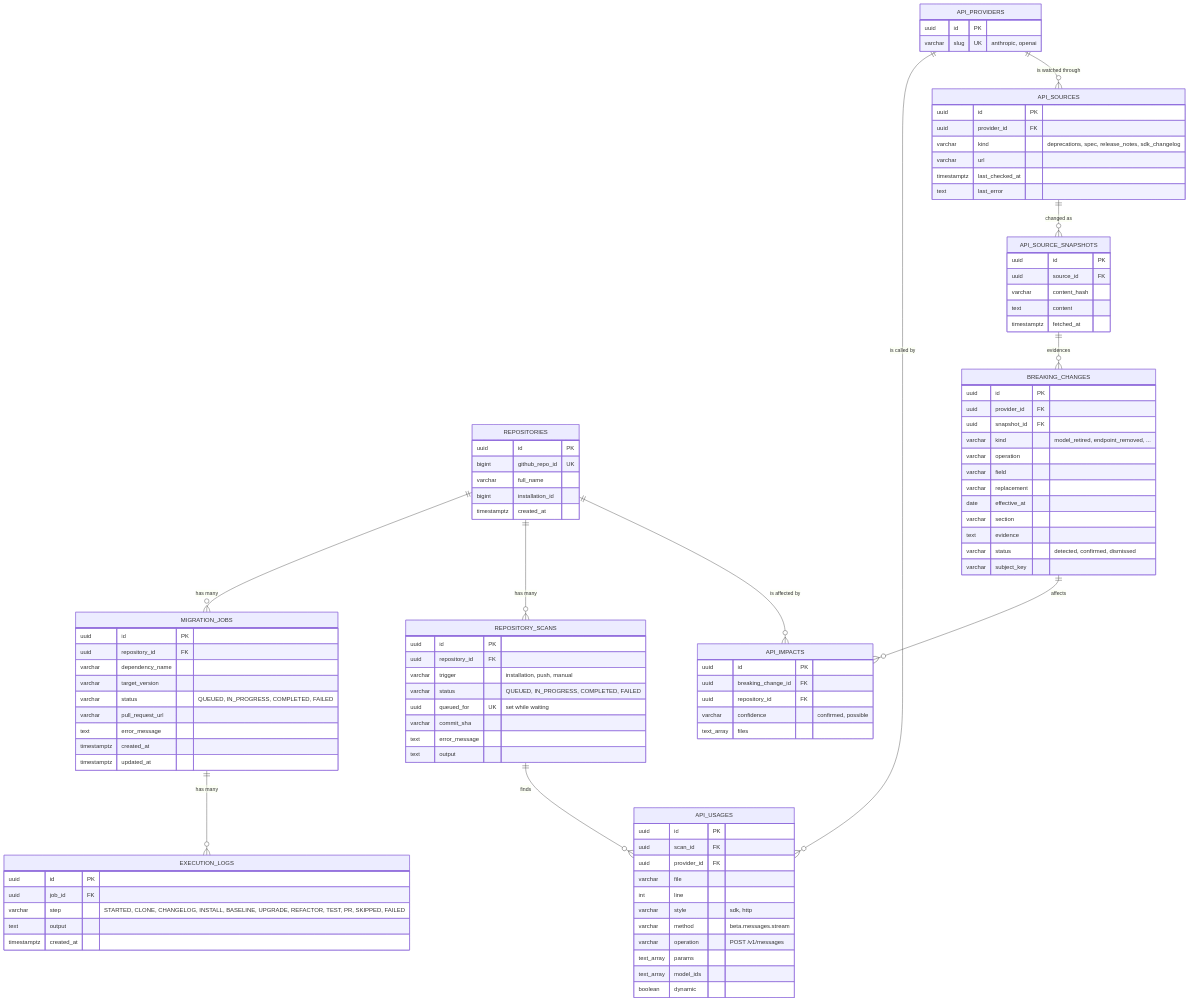
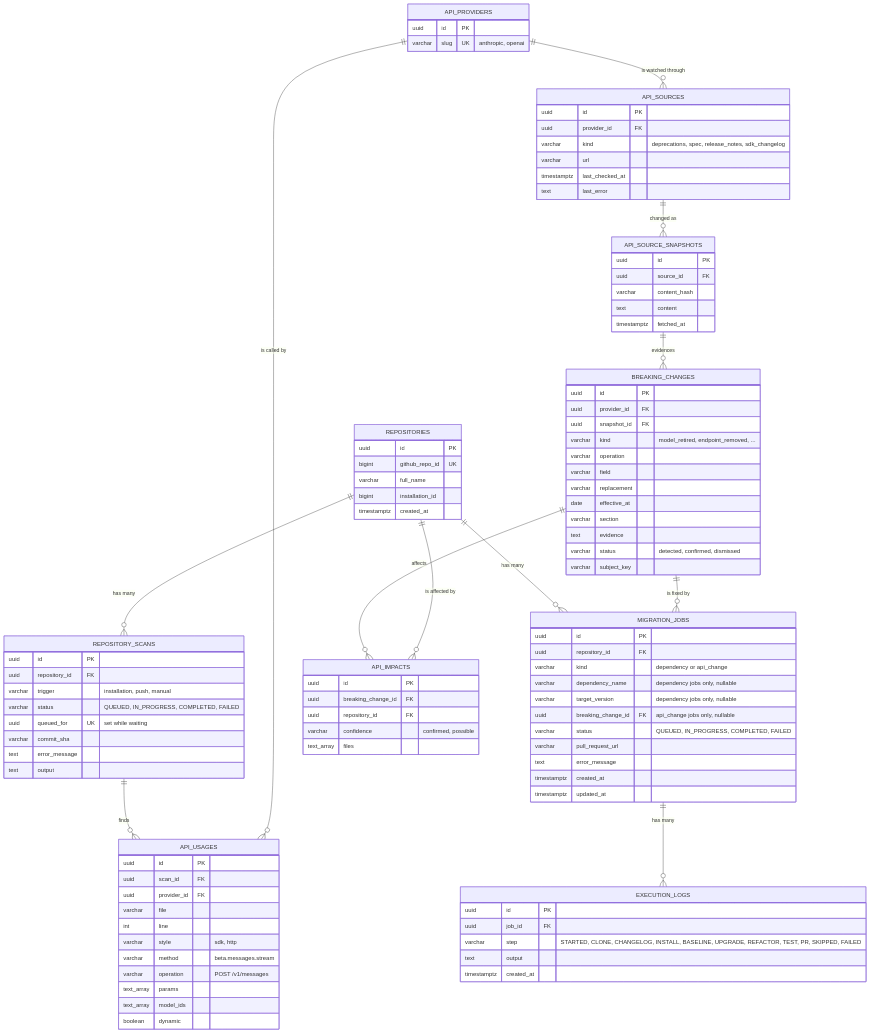
One commit to kiet08hogit/SyncLab changed the sixth of 6 diagrams in README.md. Above: the diagram before and after it, drawn with Mermaid. The commit also changed other lines of this file and 37 other files, not shown here.

First line of the commit message:
feat(api): queue a migration for each confirmed API change (#37)

```diff
--- a/README.md
+++ b/README.md
@@ -352,6 +367,7 @@
     API_SOURCES ||--o{ API_SOURCE_SNAPSHOTS : "changed as"
     API_SOURCE_SNAPSHOTS ||--o{ BREAKING_CHANGES : "evidences"
     BREAKING_CHANGES ||--o{ API_IMPACTS : "affects"
+    BREAKING_CHANGES ||--o{ MIGRATION_JOBS : "is fixed by"
     REPOSITORIES ||--o{ API_IMPACTS : "is affected by"
 
     REPOSITORIES {
@@ -365,8 +381,10 @@
     MIGRATION_JOBS {
         uuid id PK
         uuid repository_id FK
-        varchar dependency_name
-        varchar target_version
+        varchar kind "dependency or api_change"
+        varchar dependency_name "dependency jobs only, nullable"
+        varchar target_version "dependency jobs only, nullable"
+        uuid breaking_change_id FK "api_change jobs only, nullable"
         varchar status "QUEUED, IN_PROGRESS, COMPLETED, FAILED"
         varchar pull_request_url
         text error_message
```
